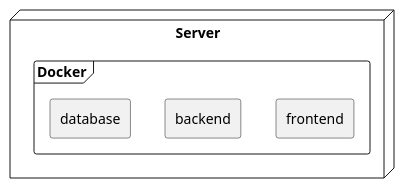
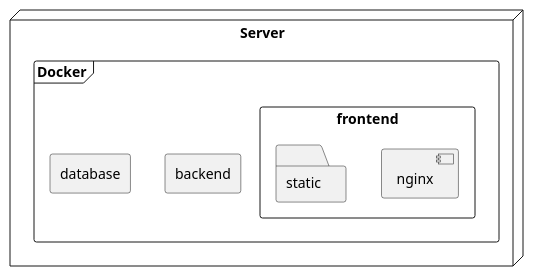
One commit to kluchi/diagrams changed the diagram in deployment.puml. Above: the diagram before and after it, drawn with PlantUML.

Commit message:
add nginx and static files to frontend container

```diff
--- a/deployment.puml
+++ b/deployment.puml
@@ -1,21 +1,24 @@
 @startuml deployment
 
 node Server {
     frame Docker {
         rectangle frontend {
+            component nginx {
 
+            }
+            folder static{
+
+            }
         }
 
         rectangle backend {
 
         }
 
         rectangle database {
 
         }
     }
 }
 
-
-
 @enduml
```
